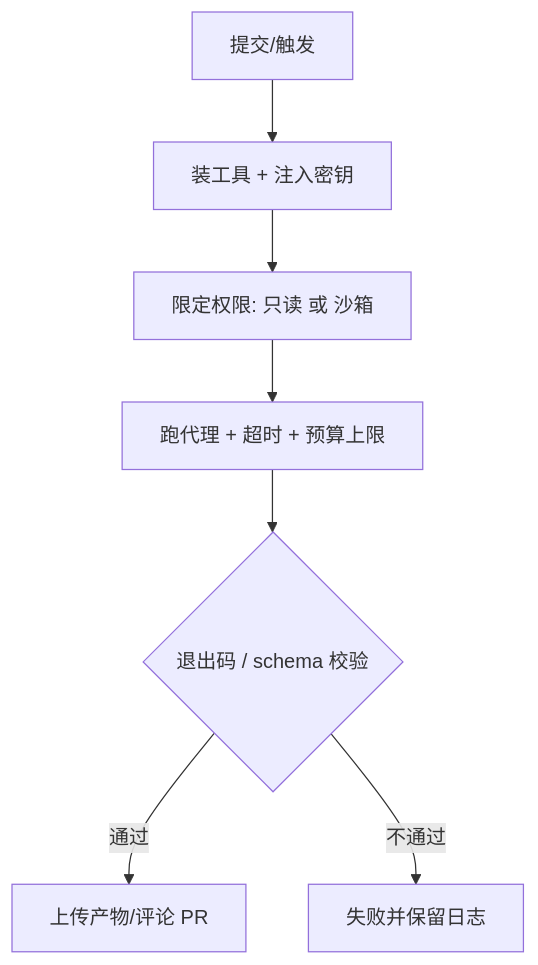
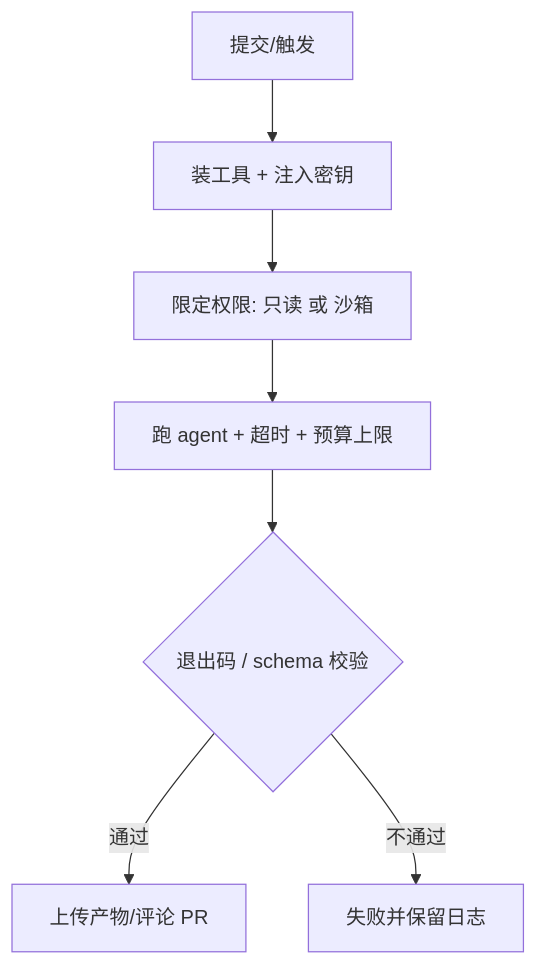
Before and after one commit to fxjs/ai-coding-agents-book: the second of 2 diagrams in book/05-headless.md, drawn with Mermaid. The commit also changed other lines of this file and 29 other files, not shown here.

````diff
--- a/book/05-headless.md
+++ b/book/05-headless.md
@@ -246,9 +246,9 @@
 ```mermaid
 flowchart TD
   A[提交/触发] --> B[装工具 + 注入密钥]
   B --> C[限定权限: 只读 或 沙箱]
-  C --> D[跑代理 + 超时 + 预算上限]
+  C --> D[跑 agent + 超时 + 预算上限]
   D --> E{退出码 / schema 校验}
   E -->|通过| F[上传产物/评论 PR]
   E -->|不通过| G[失败并保留日志]
 ```
````
